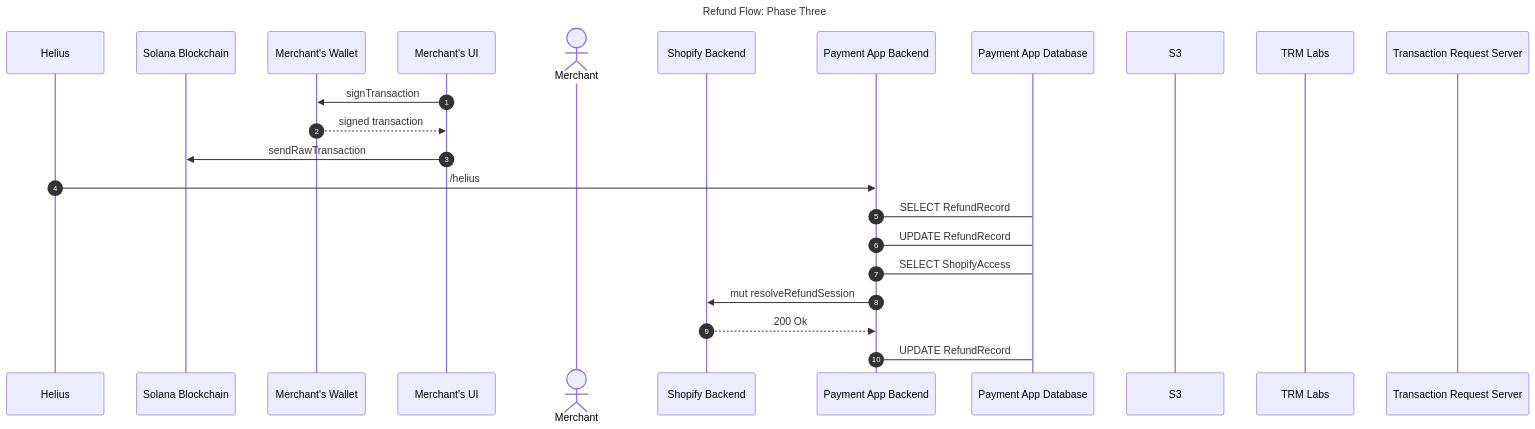
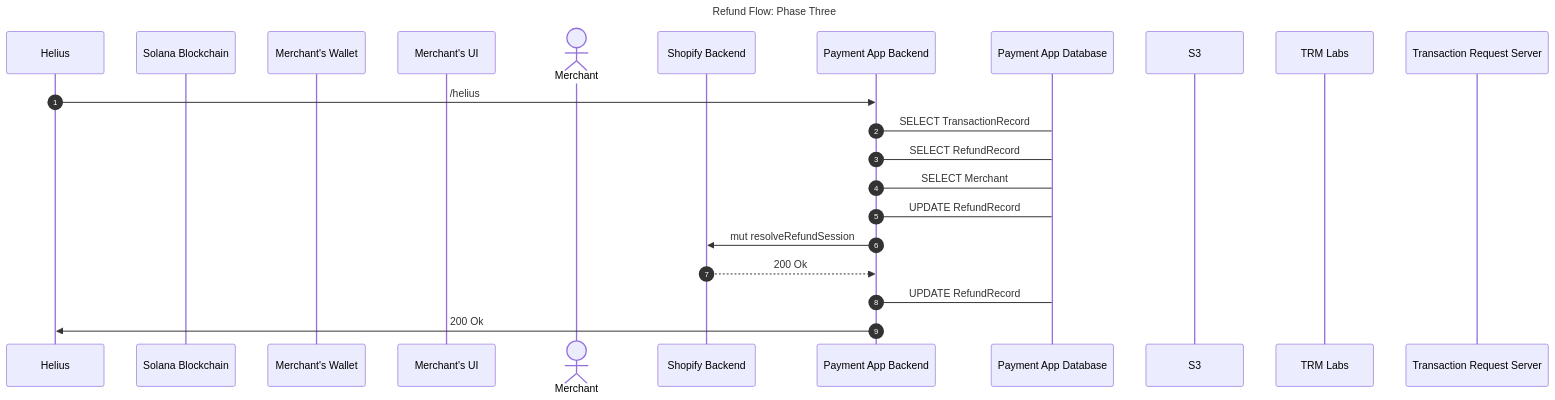
Before and after one commit to Tru3Bliss/solana-modern-pay: the sixth of 7 diagrams in system-design/README.md, drawn with Mermaid. The commit also changed other lines of this file, not shown here.

First line of the commit message:
Tj/sys design flow updates (#76)

````diff
--- a/system-design/README.md
+++ b/system-design/README.md
@@ -170,26 +172,25 @@
 ```mermaid
 sequenceDiagram
     title Refund Flow: Phase Three
     autonumber
     participant Helius
     participant Solana as Solana Blockchain
     participant Wallet as Merchant's Wallet
     participant Portal as Merchant's UI
     actor Merchant
     participant Shop as Shopify Backend
     participant Backend as Payment App Backend
     participant Database as Payment App Database
     participant S3
     participant TRM as TRM Labs
     participant TRS as Transaction Request Server
-    Portal->>Wallet: signTransaction
-    Wallet-->>Portal: signed transaction
-    Portal->>Solana: sendRawTransaction
     Helius->>Backend: /helius
+    Backend->Database: SELECT TransactionRecord
     Backend->Database: SELECT RefundRecord
+    Backend->Database: SELECT Merchant
     Backend->Database: UPDATE RefundRecord
-    Backend->Database: SELECT ShopifyAccess
     Backend->>Shop: mut resolveRefundSession
     Shop-->>Backend: 200 Ok
     Backend->Database: UPDATE RefundRecord
+    Backend->>Helius: 200 Ok
 ```
````
